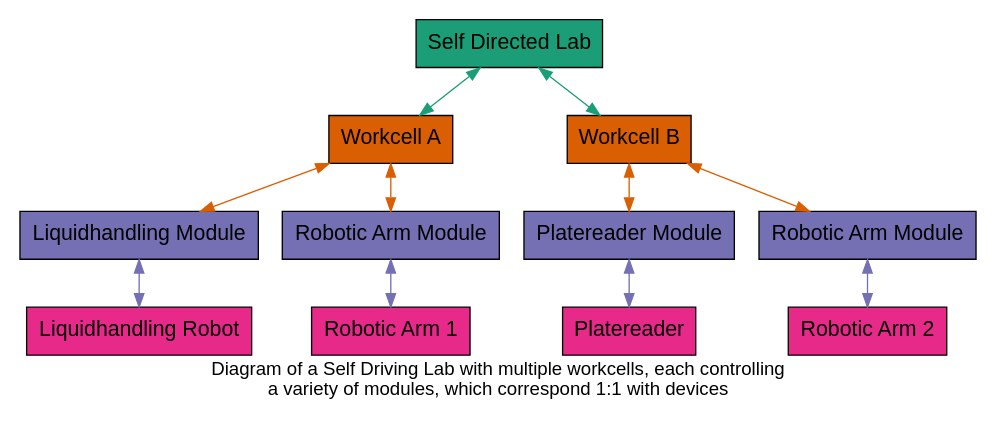
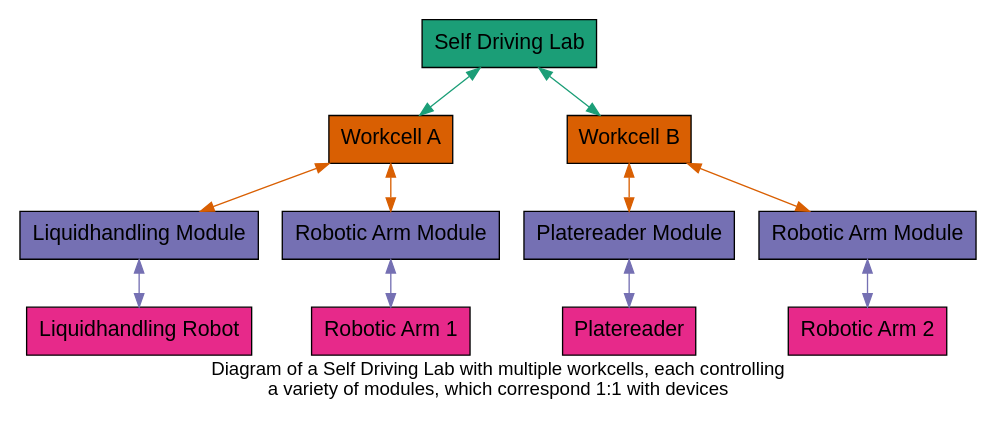
Before and after one commit to AD-SDL/wei: the diagram in docs/source/graphs/sdl_architecture_example.dot, drawn with Graphviz. The commit also changed 1 other file, not shown here.

```diff
--- a/docs/source/graphs/sdl_architecture_example.dot
+++ b/docs/source/graphs/sdl_architecture_example.dot
@@ -1,86 +1,86 @@
 strict digraph sdl_architecture_example {
     //Formatting
     fontname="Helvetica,Arial,sans-serif"
     node [fontname="Helvetica,Arial,sans-serif"]
     edge [fontname="Helvetica,Arial,sans-serif"]
     graph [
         rankdir = "TD"
         pad = 0.1;
     ];
     node [
         fontsize = "16"
         shape = "box"
         colorscheme = "dark28" //https://graphviz.org/doc/info/colors.html#brewer
         style = "filled"
     ];
     edge [
         style = "filled"
         colorscheme = "dark28" //https://graphviz.org/doc/info/colors.html#brewer
     ];
 
     //Nodes
     SDL [
-        label = "Self Directed Lab"
+        label = "Self Driving Lab"
         fillcolor=1
     ]
 
     WA [
         label = "Workcell A"
         fillcolor=2
     ]
     WB [
         label = "Workcell B"
         fillcolor=2
     ]
 
     M1 [
         label = "Liquidhandling Module"
         fillcolor=3
     ]
     M2 [
         label = "Robotic Arm Module"
         fillcolor=3
     ]
     M3 [
         label = "Platereader Module"
         fillcolor=3
     ]
     M4 [
         label = "Robotic Arm Module"
         fillcolor=3
     ]
 
     D1 [
         label = "Liquidhandling Robot"
         fillcolor = 4
     ]
     D2 [
         label = "Robotic Arm 1"
         fillcolor = 4
     ]
     D3 [
         label = "Platereader"
         fillcolor = 4
     ]
     D4 [
         label = "Robotic Arm 2"
         fillcolor = 4
     ]
 
     //Edges
     SDL -> {WA WB} [dir=both color=1];
 
     WA -> {M1 M2} [dir=both color=2];
     WB -> {M3 M4} [dir=both color=2]
 
     M1 -> D1 [dir=both color=3]
     M2 -> D2 [dir=both color=3]
     M3 -> D3 [dir=both color=3]
     M4 -> D4 [dir=both color=3]
 
 
     //Graph
     label="Diagram of a Self Driving Lab with multiple workcells, each controlling \na variety of modules, which correspond 1:1 with devices";
     labelloc=bottom;
     labeljust=center;
 }
```
